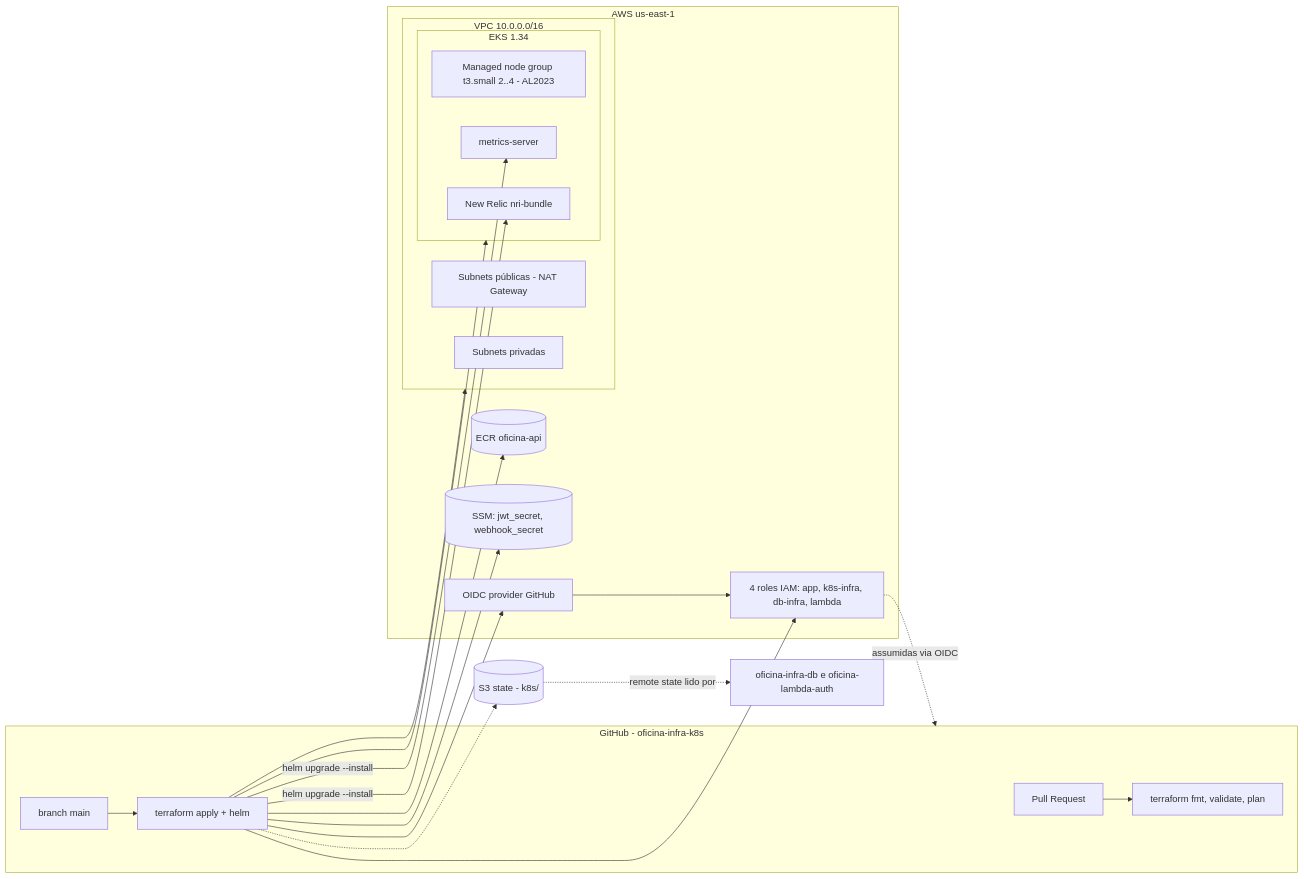
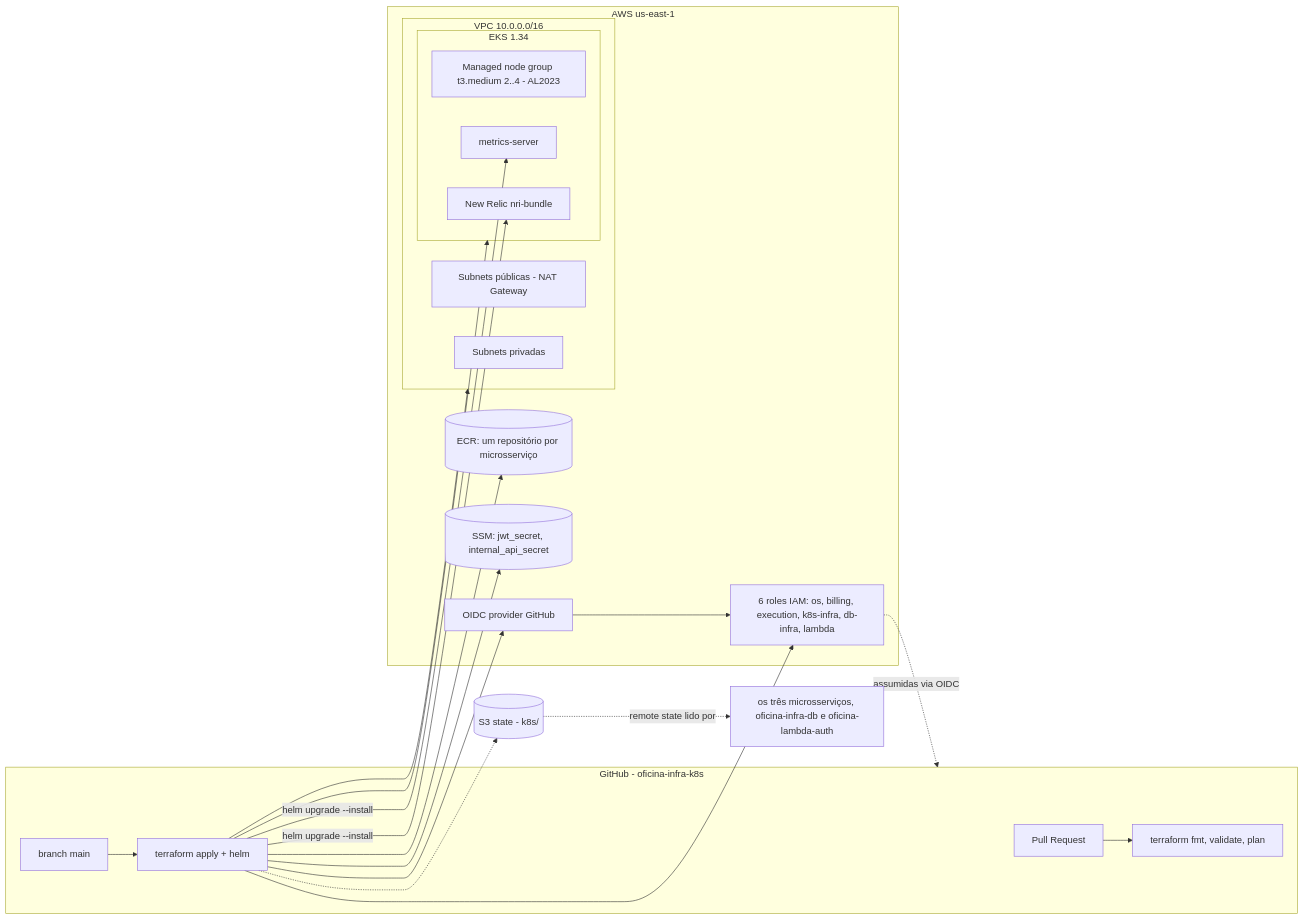
The diagram in README.md (gaabriel165/oficina-infra-k8s), drawn with Mermaid before and after one commit. The commit also changed other lines of this file, not shown here.

````diff
--- a/README.md
+++ b/README.md
@@ -29,38 +32,38 @@
 ```mermaid
 flowchart LR
     subgraph GitHub["GitHub - oficina-infra-k8s"]
         PR["Pull Request"] --> Plan["terraform fmt, validate, plan"]
         Main["branch main"] --> Apply["terraform apply + helm"]
     end
 
     S3[("S3 state - k8s/")]
 
     subgraph AWS["AWS us-east-1"]
         subgraph VPC["VPC 10.0.0.0/16"]
             Pub["Subnets públicas - NAT Gateway"]
             Priv["Subnets privadas"]
             subgraph EKS["EKS 1.34"]
-                NG["Managed node group t3.small 2..4 - AL2023"]
+                NG["Managed node group t3.medium 2..4 - AL2023"]
                 MS["metrics-server"]
                 NRB["New Relic nri-bundle"]
             end
         end
-        ECR[("ECR oficina-api")]
+        ECR[("ECR: um repositório por microsserviço")]
         OIDC["OIDC provider GitHub"]
-        Roles["4 roles IAM: app, k8s-infra, db-infra, lambda"]
-        SSM[("SSM: jwt_secret, webhook_secret")]
+        Roles["6 roles IAM: os, billing, execution, k8s-infra, db-infra, lambda"]
+        SSM[("SSM: jwt_secret, internal_api_secret")]
     end
 
     Apply -.-> S3
     Apply --> VPC
     Apply --> EKS
     Apply --> ECR
     Apply --> OIDC
     Apply --> Roles
     Apply --> SSM
     Apply -->|"helm upgrade --install"| MS
     Apply -->|"helm upgrade --install"| NRB
     OIDC --> Roles
     Roles -.->|"assumidas via OIDC"| GitHub
-    S3 -.->|"remote state lido por"| Consumers["oficina-infra-db e oficina-lambda-auth"]
+    S3 -.->|"remote state lido por"| Consumers["os três microsserviços, oficina-infra-db e oficina-lambda-auth"]
 ```
````
